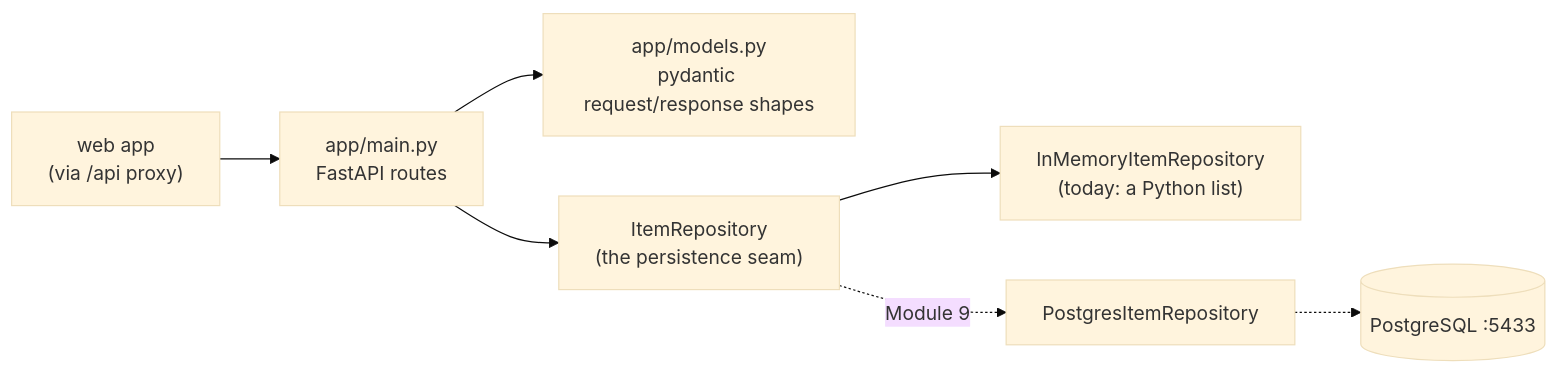
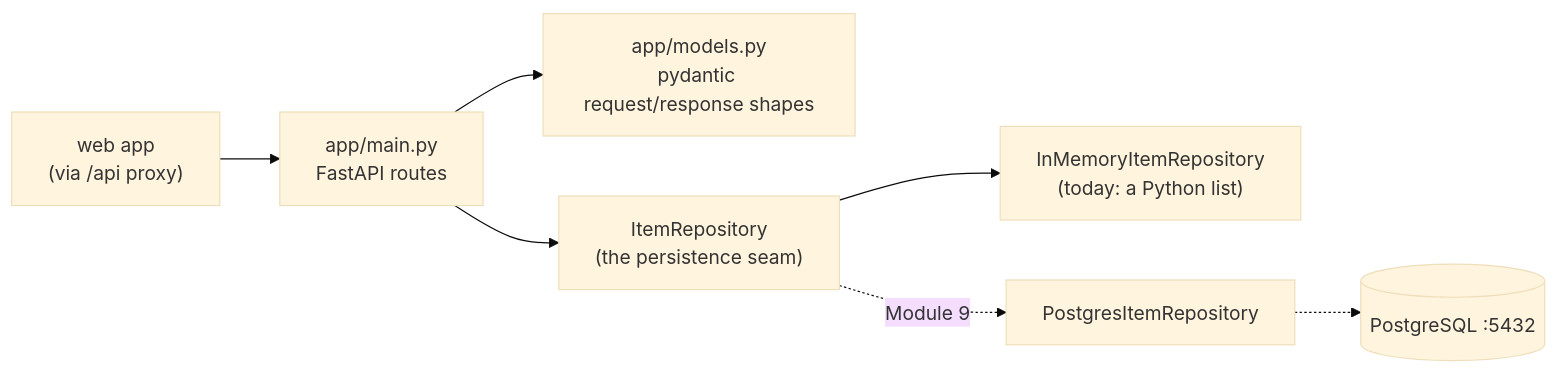
Before and after one commit to kpark93/note2action: the diagram in docs/architecture/api.md, drawn with Mermaid (base theme). The commit also changed 4 other files, not shown here.

````diff
--- a/docs/architecture/api.md
+++ b/docs/architecture/api.md
@@ -7,9 +7,9 @@
 ```mermaid
 flowchart LR
     Client["web app<br/>(via /api proxy)"] --> Router["app/main.py<br/>FastAPI routes"]
     Router --> Models["app/models.py<br/>pydantic request/response shapes"]
     Router --> Seam["ItemRepository<br/>(the persistence seam)"]
     Seam --> Mem["InMemoryItemRepository<br/>(today: a Python list)"]
     Seam -.->|"Module 9"| PG["PostgresItemRepository"]
-    PG -.-> DB[("PostgreSQL :5433")]
+    PG -.-> DB[("PostgreSQL :5432")]
 ```
````
